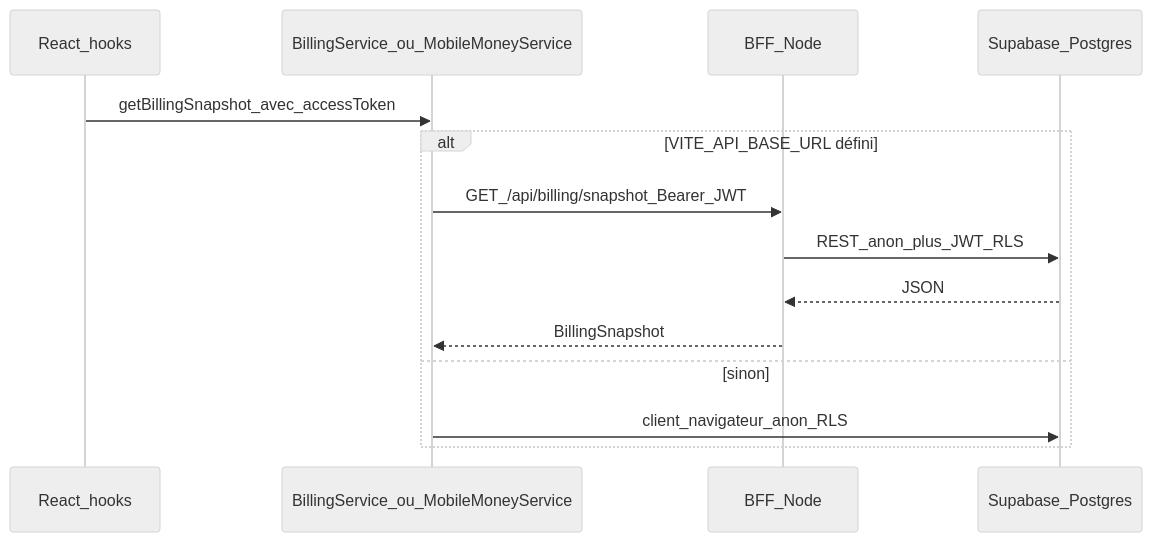
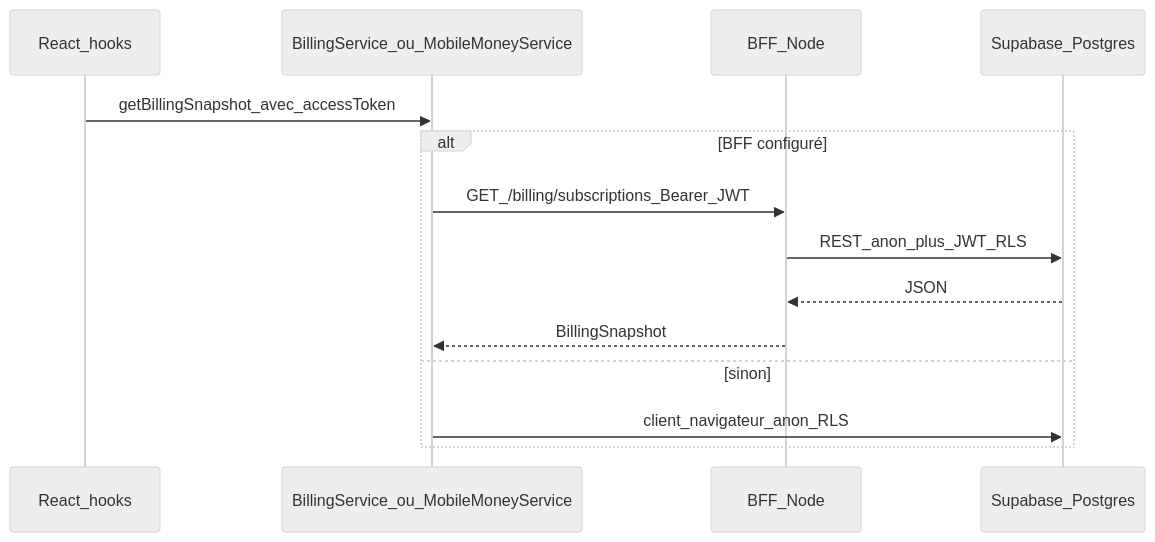
The diagram in docs/architecture/PAYMENTS.md (dasbap/fleet-test), drawn with Mermaid (neutral theme) before and after one commit. The commit also changed other lines of this file and 23 other files, not shown here.

First line of the commit message:
feat(billing): integrer Notch Pay - env vars + BFF routes + webhook provider

````diff
--- a/docs/architecture/PAYMENTS.md
+++ b/docs/architecture/PAYMENTS.md
@@ -32,17 +54,17 @@
 ```mermaid
 sequenceDiagram
   participant UI as React_hooks
   participant Svc as BillingService_ou_MobileMoneyService
   participant BFF as BFF_Node
   participant SB as Supabase_Postgres
 
   UI->>Svc: getBillingSnapshot_avec_accessToken
-  alt VITE_API_BASE_URL défini
-    Svc->>BFF: GET_/api/billing/snapshot_Bearer_JWT
+  alt BFF configuré
+    Svc->>BFF: GET_/billing/subscriptions_Bearer_JWT
     BFF->>SB: REST_anon_plus_JWT_RLS
     SB-->>BFF: JSON
     BFF-->>Svc: BillingSnapshot
   else sinon
     Svc->>SB: client_navigateur_anon_RLS
   end
 ```
````
